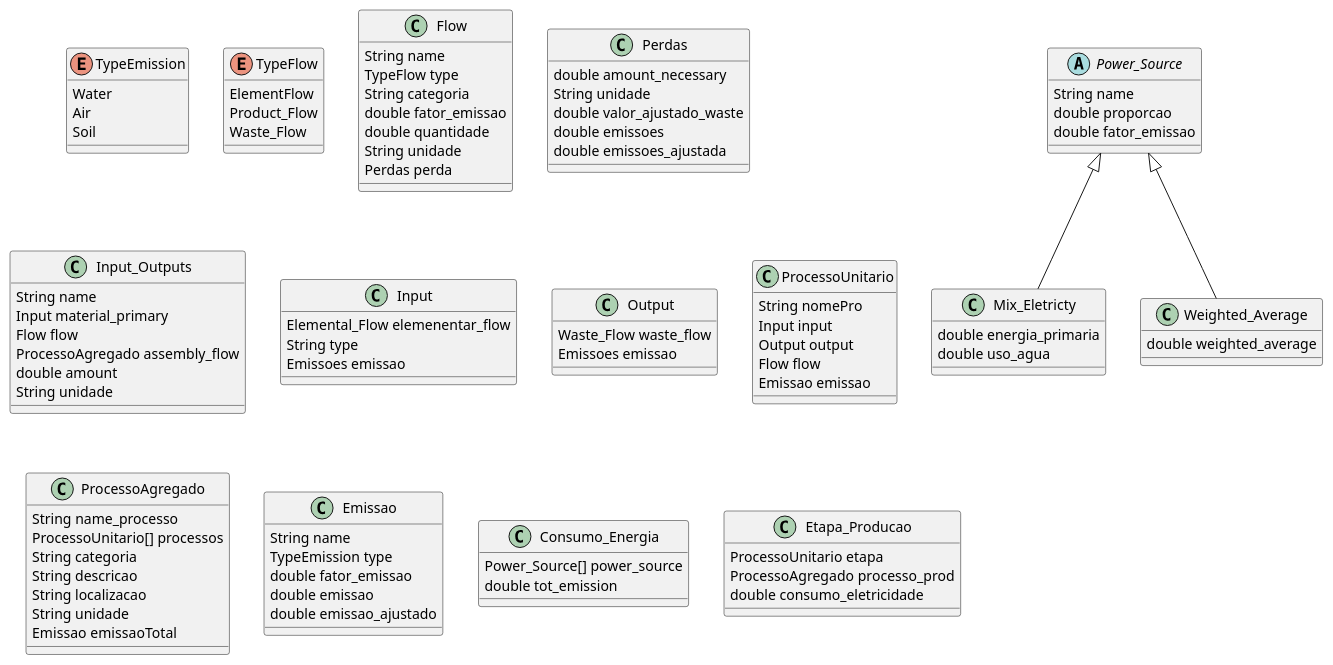
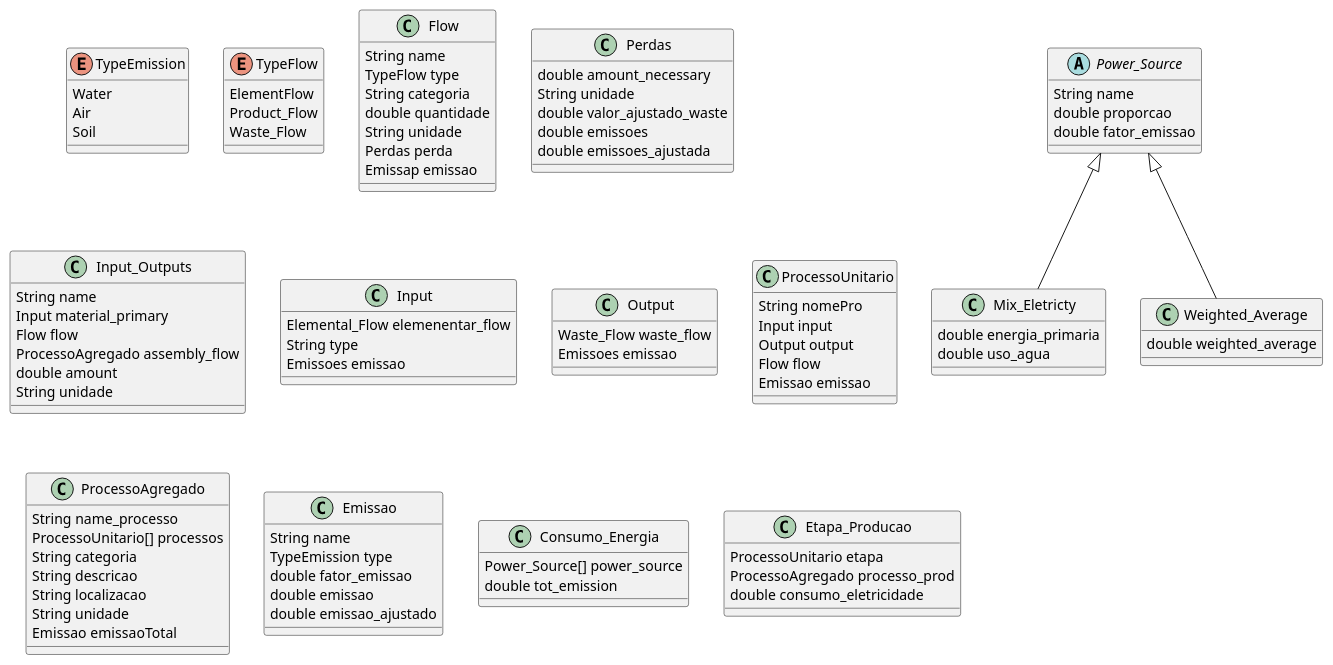
Before and after one commit to ArturESTG/DiagramasESIITrabalho: the diagram in DiagramaAtividade/DiagramaAtividade.plantuml, drawn with PlantUML. The commit also changed 1 other file, not shown here.

```diff
--- a/DiagramaAtividade/DiagramaAtividade.plantuml
+++ b/DiagramaAtividade/DiagramaAtividade.plantuml
@@ -1,165 +1,165 @@
 @startuml DiaramaAtividade
 
 /'Inicio enum'/
 
 enum TypeEmission {
     Water 
     Air
     Soil
 }
 
 enum TypeFlow {
     ElementFlow 
     Product_Flow 
     Waste_Flow
 }
 
 /'Fim enum'/
 
 /'Inico das classes'/
 
 /'Esta classe representa os fluxos do trabalho'/
 class Flow {
     String name
     TypeFlow type
     String categoria
-    double fator_emissao
     double quantidade
     String unidade
     Perdas perda
+    Emissap emissao
 }
 
 class Perdas {
     double amount_necessary
     String unidade
     double valor_ajustado_waste
     double emissoes
     double emissoes_ajustada
 }
 
 /' Aqui guarda os Fluxos de entrada e de saida
 Os de entrada corresponde a tudo o que entra para produzir
 o produto
 Os fluxos de saida a tudo o gerado pela produção
 
 O fator_emissão não até que ponto pode estar cá
 
 class Input_Outputs {
     String name
     typeInput type 
     Flow flow
     double quantidade 
     String unidade
     double fator_emissao
 }
 '/
 
 /'Classe Input_Output está classe guarda os materiais que são considerados inputs e 
 outputs ao mesmo tempo
 Nota: Ignorar o comentario acima, era a classe Input_Output antiga
 '/
 class Input_Outputs {
     String name
     Input material_primary
     Flow flow
     ProcessoAgregado assembly_flow 
     double amount 
     String unidade
 }
 
 /'Representas os mateirais a utilizar e outros elementos, tipo energia,
 agua, etc
 
 O elementarl Flow, é porque o input tanto pode ser uma energia ou 
 recurso naturais
 O type é para saber se é energia ou materia-prima
 A classe perdas é para saver as perdas relacionadas com o input
 '/
 class Input  {
     Elemental_Flow elemenentar_flow
     String type
     Emissoes emissao
 }
 
 /'Classe Outpur representa os outputs do projeto'/
 class Output  {
     Waste_Flow waste_flow  
     Emissoes emissao
 }
 
 /'
 Esta classe representa os processos unitarios
 '/
 class ProcessoUnitario {
     String nomePro
     Input input
     Output output
     Flow flow
     Emissao emissao
 }
 
 /'
 Este classe representaos processos agupados
 '/
 class ProcessoAgregado {
     String name_processo
     ProcessoUnitario[] processos
     String categoria
     String descricao
     String localizacao
     String unidade
     Emissao emissaoTotal
 }
 
 /'
 Representa as várias emissão que podem acontecer, do solo, ar e água
 
 Nota: Não sei até que ponto esta classe é necessária
 com a existencia da classe perda ou vice-versa
 '/
 class Emissao {
     String name
     TypeEmission type
     double fator_emissao
     double emissao
     double emissao_ajustado
 }
 
 /'
 Classe para guardar o consumo de energia em cada processo, provavelmetne apenas os 
 processos de produção
 '/
 class Consumo_Energia {
     Power_Source[] power_source
     double tot_emission
 }
 
 /'Daqui para baixo está a representação da tabela de energia do enunciado'/
 abstract class Power_Source{
     String name
     double proporcao
     double fator_emissao 
 }
 
 /'Energia Primaria --> MJ/kWh
 uso de agua --> litros/kWh'/
 class Mix_Eletricty extends Power_Source {
     double energia_primaria
     double uso_agua
 }
 
 class Weighted_Average extends Power_Source {
     double weighted_average
 }
 
 /'Classes a repensar'/
 
 /'Represnta cada etapa de produção'/
 class Etapa_Producao {
     ProcessoUnitario etapa
     ProcessoAgregado processo_prod
     double consumo_eletricidade
 }
 
 /'Fim das classes a repensar'/
 @enduml
```
